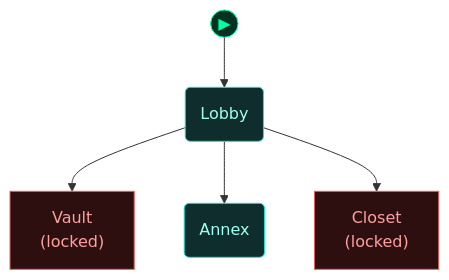
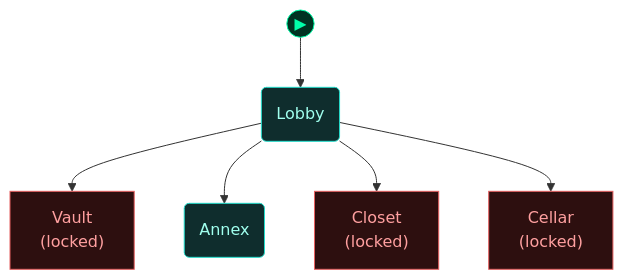
The fourth of 5 diagrams in scenarios/test_hidden_hostiles/dungeon_graph.md (cliffe/BreakEscape), drawn with Mermaid before and after one commit. The commit also changed other lines of this file and 5 other files, not shown here.

Commit message:
Hidden hostiles R3: proof KO check can fail, regenerate dungeon graph, fix brief and doc wording

````diff
--- a/scenarios/test_hidden_hostiles/dungeon_graph.md
+++ b/scenarios/test_hidden_hostiles/dungeon_graph.md
@@ -165,34 +172,36 @@
 ```mermaid
 flowchart TD
 
   classDef room      fill:#0f2d2d,stroke:#22ddcc,color:#a0ffee
   classDef lock      fill:#2d0f0f,stroke:#e66060,color:#ffa0a0
   classDef key       fill:#2d0812,stroke:#e66060,color:#ffa0a0
   classDef item      fill:#2d1200,stroke:#e89030,color:#ffcc80
   classDef gate      fill:#111,stroke:#666,color:#eee
   classDef vm        fill:#0c1f40,stroke:#4a90d9,color:#a0c8ff
   classDef flag      fill:#1a0c2d,stroke:#9060d0,color:#cc99ff
   classDef action    fill:#1a1200,stroke:#cc9922,color:#ffee88
   classDef aim       fill:#0d2a0d,stroke:#44cc44,color:#88ff88
   classDef aim_gate  fill:#111111,stroke:#44cc44,color:#44cc44
   classDef container fill:#1a2d1a,stroke:#60b060,color:#a0e0a0
   classDef npc       fill:#2d1f0d,stroke:#d0a050,color:#ffe0a0
   classDef critical  fill:#2a1500,stroke:#ffaa00,color:#ffdd88
   classDef start     fill:#003322,stroke:#00ffaa,color:#00ffaa
 
   node_start(("▶"))
   node_start --> lobby
 
   lobby("Lobby")
   vault["Vault<br/>(locked)"]
   annex("Annex")
+  cellar["Cellar<br/>(locked)"]
   closet["Closet<br/>(locked)"]
 
   lobby --> vault
   lobby --> annex
   lobby --> closet
+  lobby --> cellar
 
   class lobby,annex room
-  class vault,closet lock
+  class vault,cellar,closet lock
   class node_start start
 ```
````
